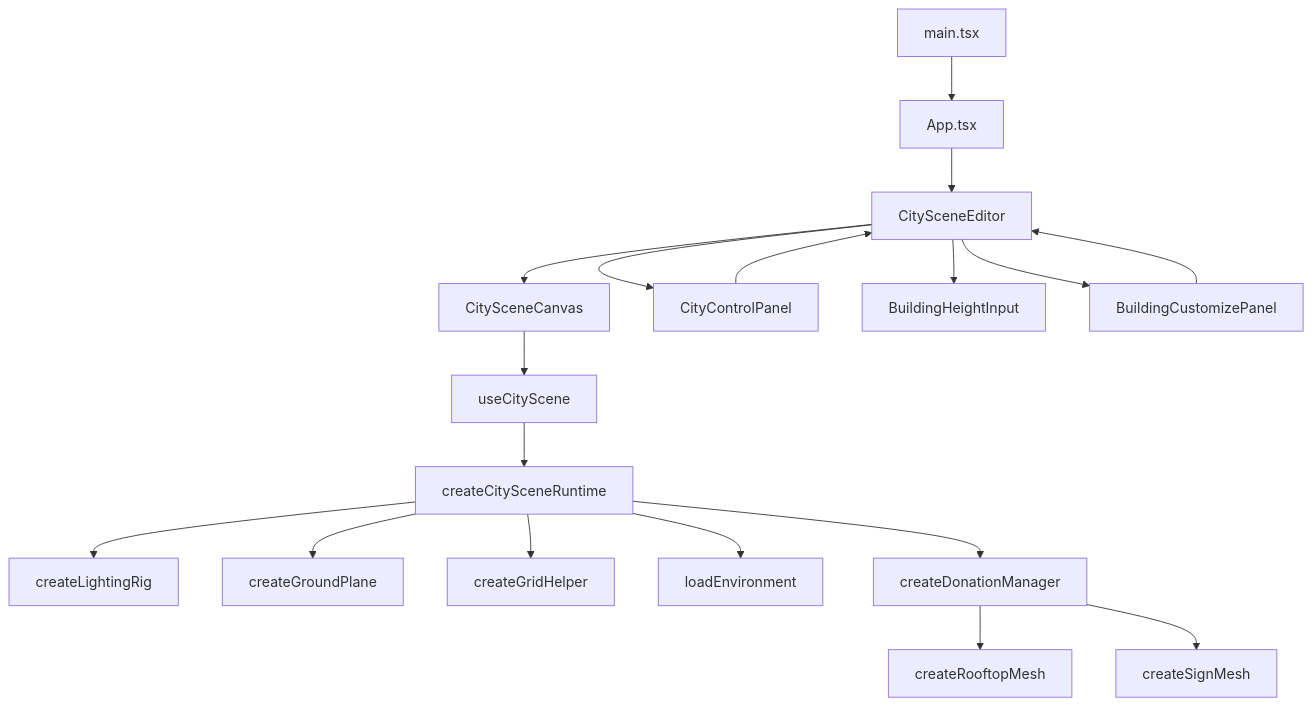
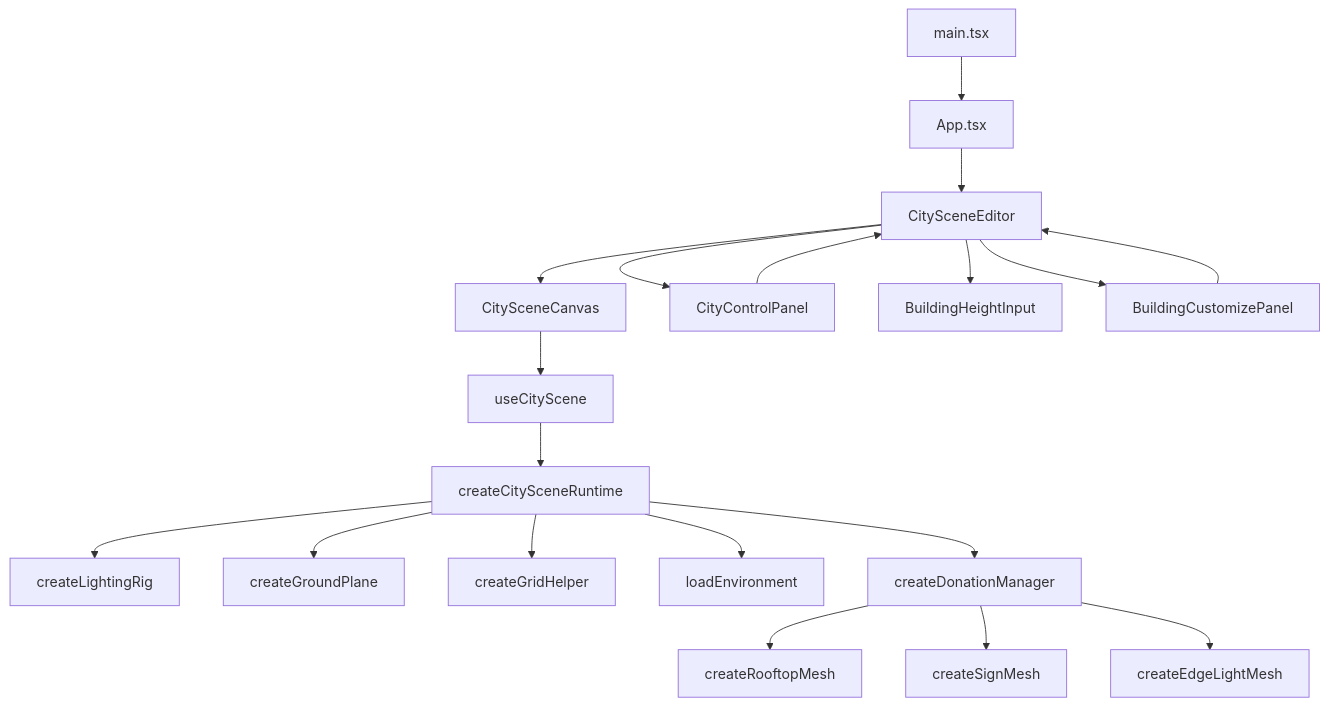
The first of 2 diagrams in doc-pixcity/index.md (RaeII/pixcity), drawn with Mermaid before and after one commit. The commit also changed other lines of this file and 9 other files, not shown here.

````diff
--- a/doc-pixcity/index.md
+++ b/doc-pixcity/index.md
@@ -156,20 +157,21 @@
 ```mermaid
 flowchart TD
     A[main.tsx] --> B[App.tsx]
     B --> C[CitySceneEditor]
     C --> D[CitySceneCanvas]
     C --> E[CityControlPanel]
     C --> F[BuildingHeightInput]
     C --> P[BuildingCustomizePanel]
     D --> G[useCityScene]
     G --> H[createCitySceneRuntime]
     H --> I[createLightingRig]
     H --> J[createGroundPlane]
     H --> K[createGridHelper]
     H --> L[loadEnvironment]
     H --> M[createDonationManager]
     M --> N[createRooftopMesh]
     M --> O[createSignMesh]
+    M --> Q[createEdgeLightMesh]
     E --> C
     P --> C
 ```
````
